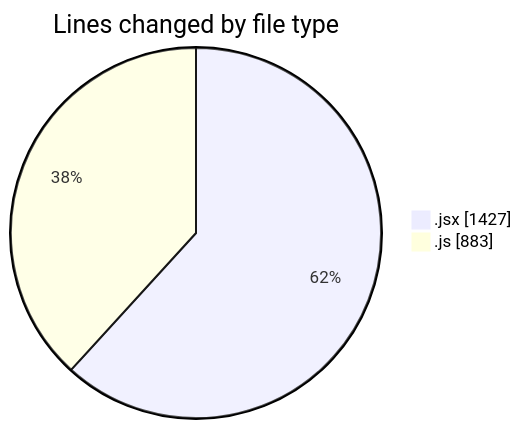
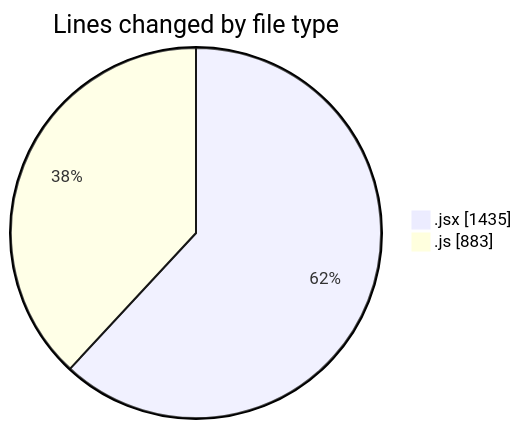
One commit to nxtqubesakshisongat/code-tracking changed the first of 2 diagrams in 2025-09-15/nxtqube_webapp/README.md. Above: the diagram before and after it, drawn with Mermaid. The commit also changed other lines of this file and 1 other file, not shown here.

````diff
--- a/2025-09-15/nxtqube_webapp/README.md
+++ b/2025-09-15/nxtqube_webapp/README.md
@@ -22,6 +22,6 @@
 ```mermaid
 pie showData
 title Lines changed by file type
-".jsx" : 1427
+".jsx" : 1435
 ".js" : 883
 ```
````
